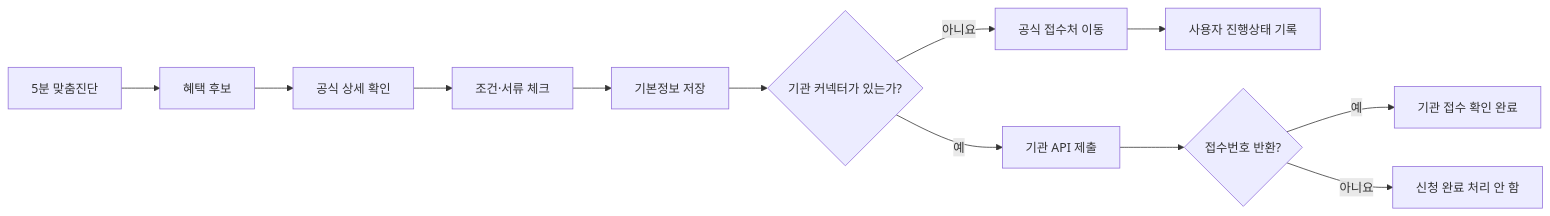
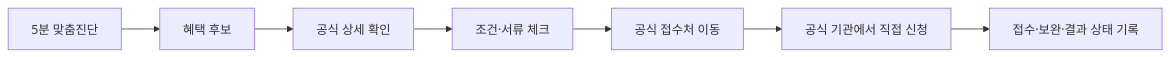
Before and after one commit to boclair98/ansimlife: the diagram in README.md, drawn with Mermaid. The commit also changed other lines of this file and 7 other files, not shown here.

````diff
--- a/README.md
+++ b/README.md
@@ -105,14 +109,9 @@
 ```mermaid
 flowchart LR
     A[5분 맞춤진단] --> B[혜택 후보]
     B --> C[공식 상세 확인]
     C --> D[조건·서류 체크]
-    D --> E[기본정보 저장]
-    E --> F{기관 커넥터가 있는가?}
-    F -- 아니요 --> G[공식 접수처 이동]
-    G --> H[사용자 진행상태 기록]
-    F -- 예 --> I[기관 API 제출]
-    I --> J{접수번호 반환?}
-    J -- 예 --> K[기관 접수 확인 완료]
-    J -- 아니요 --> L[신청 완료 처리 안 함]
+    D --> E[공식 접수처 이동]
+    E --> F[공식 기관에서 직접 신청]
+    F --> G[접수·보완·결과 상태 기록]
 ```
````
